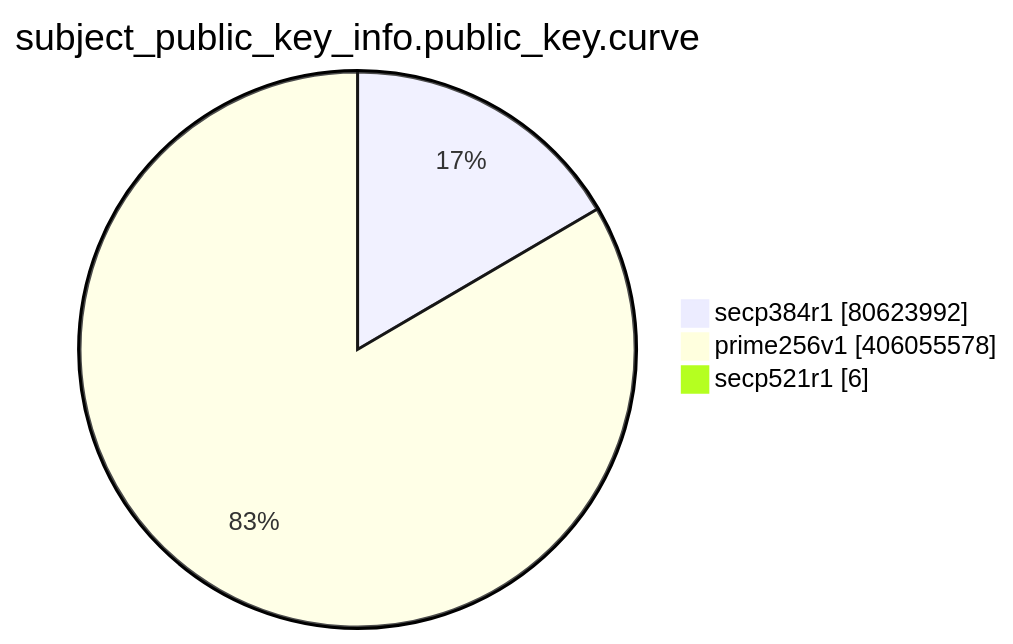
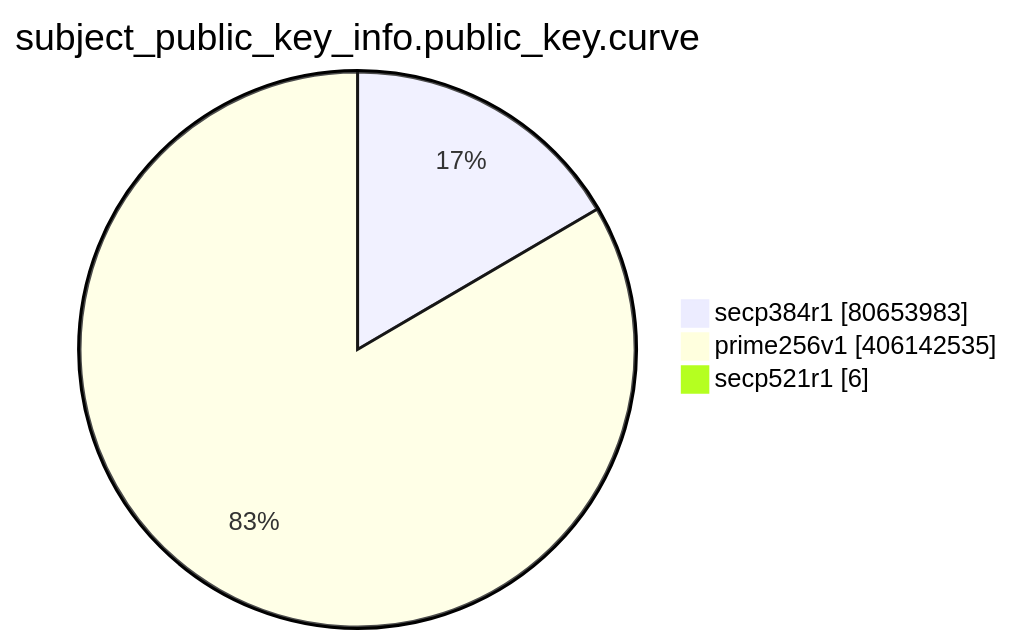
One commit to christiankrug/ctmonitor_visualization changed the eighth of 15 diagrams in TOTAL/README.md. Above: the diagram before and after it, drawn with Mermaid. The commit also changed other lines of this file, not shown here.

````diff
--- a/TOTAL/README.md
+++ b/TOTAL/README.md
@@ -3095,7 +3095,7 @@
 ```mermaid
 pie showData
 title subject_public_key_info.public_key.curve
-"secp384r1" :80623992
-"prime256v1" :406055578
+"secp384r1" :80653983
+"prime256v1" :406142535
 "secp521r1" :6
 ```
````
